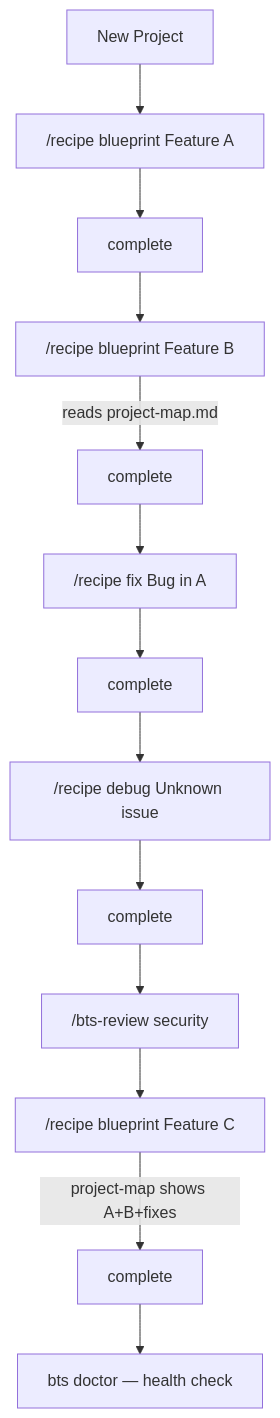
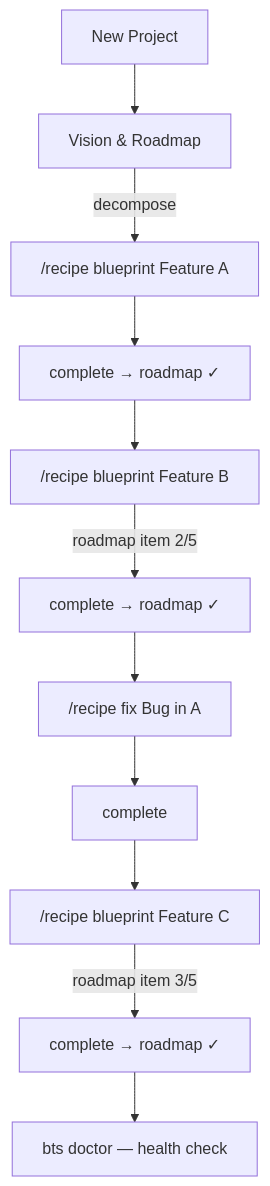
The fifth of 8 diagrams in README.md (imtemp-dev/claude-forge), drawn with Mermaid before and after one commit. The commit also changed other lines of this file and 3 other files, not shown here.

First line of the commit message:
Sync READMEs with vision/roadmap, review step, and CLI updates

````diff
--- a/README.md
+++ b/README.md
@@ -153,15 +153,13 @@
 ```mermaid
 flowchart TD
-    NEW["New Project"] --> A["/recipe blueprint Feature A"]
-    A --> AC["complete"]
+    NEW["New Project"] --> VIS["Vision & Roadmap"]
+    VIS -->|"decompose"| A["/recipe blueprint Feature A"]
+    A --> AC["complete → roadmap ✓"]
     AC --> B["/recipe blueprint Feature B"]
-    B -->|"reads project-map.md"| BC["complete"]
+    B -->|"roadmap item 2/5"| BC["complete → roadmap ✓"]
     BC --> FX["/recipe fix Bug in A"]
     FX --> FXC["complete"]
-    FXC --> DBG["/recipe debug Unknown issue"]
-    DBG --> DC["complete"]
-    DC --> REV["/bts-review security"]
-    REV --> C["/recipe blueprint Feature C"]
-    C -->|"project-map shows A+B+fixes"| CC["complete"]
+    FXC --> C["/recipe blueprint Feature C"]
+    C -->|"roadmap item 3/5"| CC["complete → roadmap ✓"]
     CC --> DOC["bts doctor — health check"]
 ```
````
